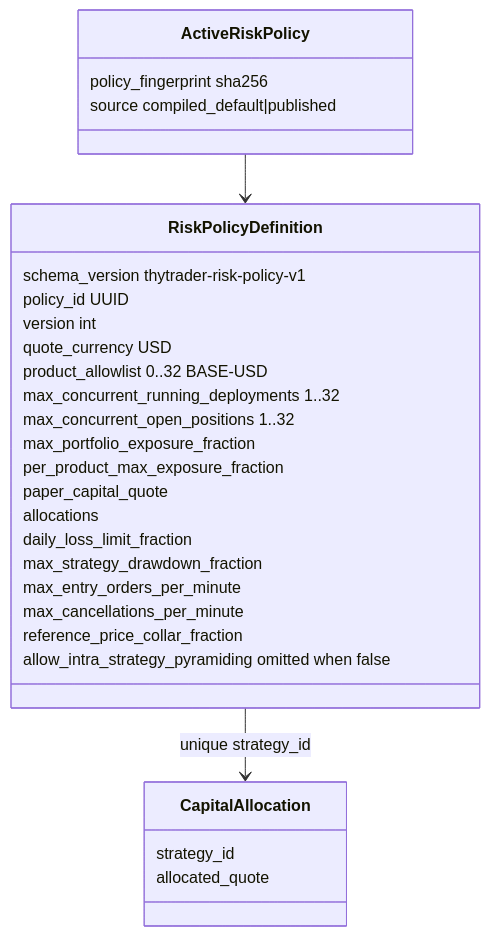
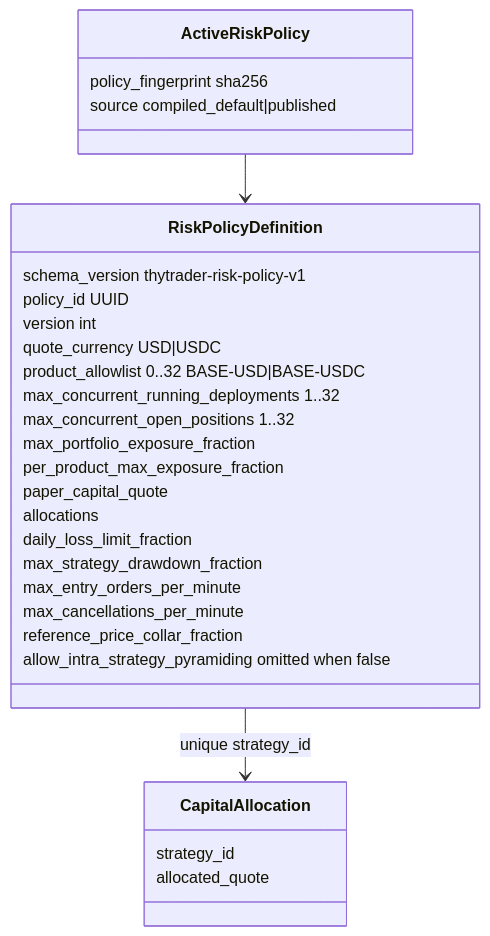
One commit to Zoltesh/thytrader changed the second of 4 diagrams in docs/architecture/contracts/other-payloads.md. Above: the diagram before and after it, drawn with Mermaid. The commit also changed 49 other files, not shown here.

First line of the commit message:
feat(products): USDC spot quote markets (ops v29 / Alembic 0042)

````diff
--- a/docs/architecture/contracts/other-payloads.md
+++ b/docs/architecture/contracts/other-payloads.md
@@ -34,32 +34,32 @@
 ```mermaid
 classDiagram
   class RiskPolicyDefinition {
     schema_version thytrader-risk-policy-v1
     policy_id UUID
     version int
-    quote_currency USD
-    product_allowlist 0..32 BASE-USD
+    quote_currency USD|USDC
+    product_allowlist 0..32 BASE-USD|BASE-USDC
     max_concurrent_running_deployments 1..32
     max_concurrent_open_positions 1..32
     max_portfolio_exposure_fraction
     per_product_max_exposure_fraction
     paper_capital_quote
     allocations
     daily_loss_limit_fraction
     max_strategy_drawdown_fraction
     max_entry_orders_per_minute
     max_cancellations_per_minute
     reference_price_collar_fraction
     allow_intra_strategy_pyramiding omitted when false
   }
   class CapitalAllocation {
     strategy_id
     allocated_quote
   }
   class ActiveRiskPolicy {
     policy_fingerprint sha256
     source compiled_default|published
   }
   RiskPolicyDefinition --> CapitalAllocation : unique strategy_id
   ActiveRiskPolicy --> RiskPolicyDefinition
 ```
````
